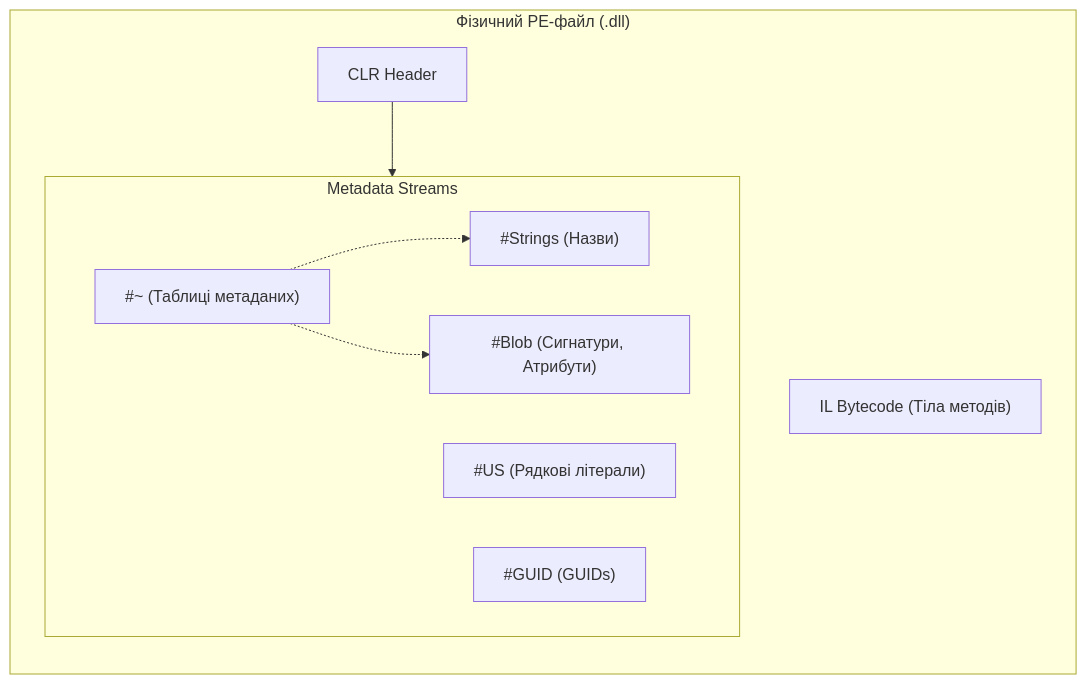
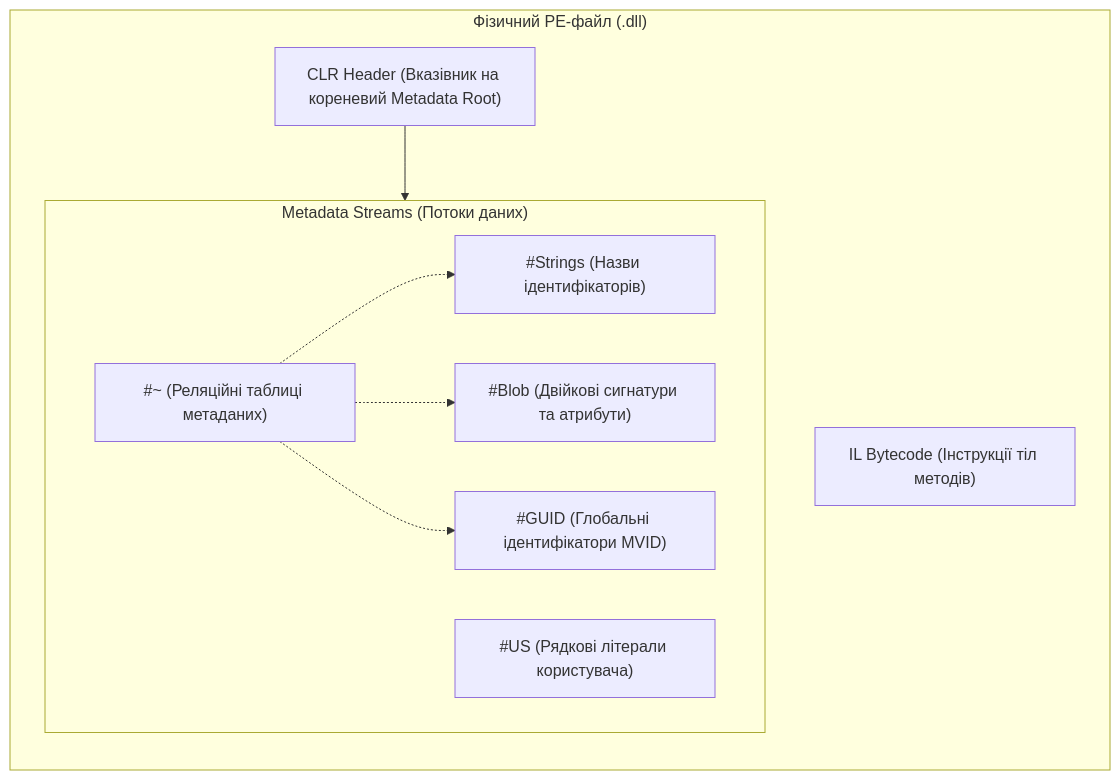
One commit to MrTomkaYurii/CSharp-OOP-Mastery changed the diagram in 06-Advanced-DotNet/02-Reflection-And-Metadata/Docs/01_Type_System_And_Metadata_Inspection.md. Above: the diagram before and after it, drawn with Mermaid. The commit also changed other lines of this file and 7 other files, not shown here.

````diff
--- a/06-Advanced-DotNet/02-Reflection-And-Metadata/Docs/01_Type_System_And_Metadata_Inspection.md
+++ b/06-Advanced-DotNet/02-Reflection-And-Metadata/Docs/01_Type_System_And_Metadata_Inspection.md
@@ -21,17 +47,18 @@
 ```mermaid
 graph LR
     subgraph PE["Фізичний PE-файл (.dll)"]
-        CLR["CLR Header"]
-        subgraph Streams["Metadata Streams"]
-            Tables["#~ (Таблиці метаданих)"]
-            Strings["#Strings (Назви)"]
-            US["#US (Рядкові літерали)"]
-            Blob["#Blob (Сигнатури, Атрибути)"]
-            GUID["#GUID (GUIDs)"]
+        CLR["CLR Header (Вказівник на кореневий Metadata Root)"]
+        subgraph Streams["Metadata Streams (Потоки даних)"]
+            Tables["#~ (Реляційні таблиці метаданих)"]
+            Strings["#Strings (Назви ідентифікаторів)"]
+            US["#US (Рядкові літерали користувача)"]
+            Blob["#Blob (Двійкові сигнатури та атрибути)"]
+            GUID["#GUID (Глобальні ідентифікатори MVID)"]
         end
-        IL["IL Bytecode (Тіла методів)"]
+        IL["IL Bytecode (Інструкції тіл методів)"]
     end
     CLR --> Streams
     Tables -.-> Strings
     Tables -.-> Blob
+    Tables -.-> GUID
 ```
````
